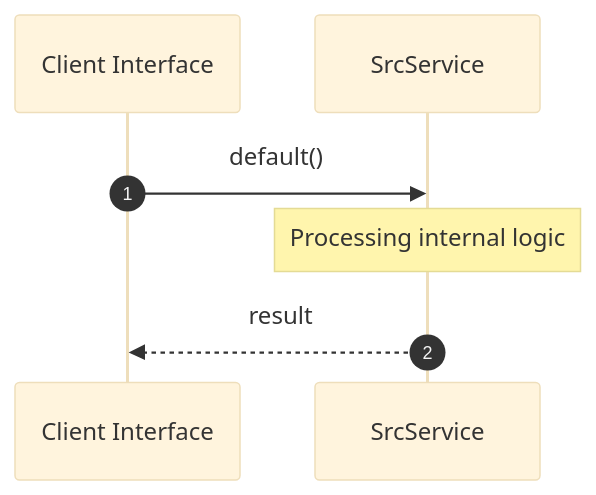
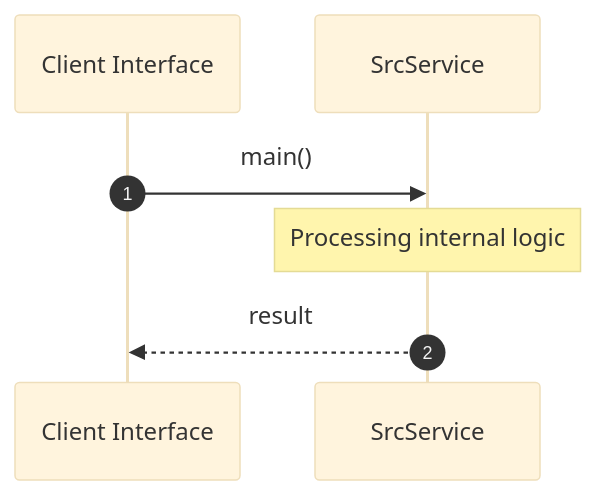
The second of 2 diagrams in openwiki/crates/factory-mcp-server/src/index.md (lgcorzo/rust_CACD_autonomous_factory), drawn with Mermaid (base theme) before and after one commit. The commit also changed other lines of this file and 21 other files, not shown here.

````diff
--- a/openwiki/crates/factory-mcp-server/src/index.md
+++ b/openwiki/crates/factory-mcp-server/src/index.md
@@ -75,10 +75,10 @@
 ```mermaid
 sequenceDiagram
     autonumber
     participant Caller as Client Interface
     participant Svc as SrcService
-    Caller->>Svc: default()
+    Caller->>Svc: main()
     Note over Svc: Processing internal logic
     Svc-->>Caller: result
 
 ```
````
